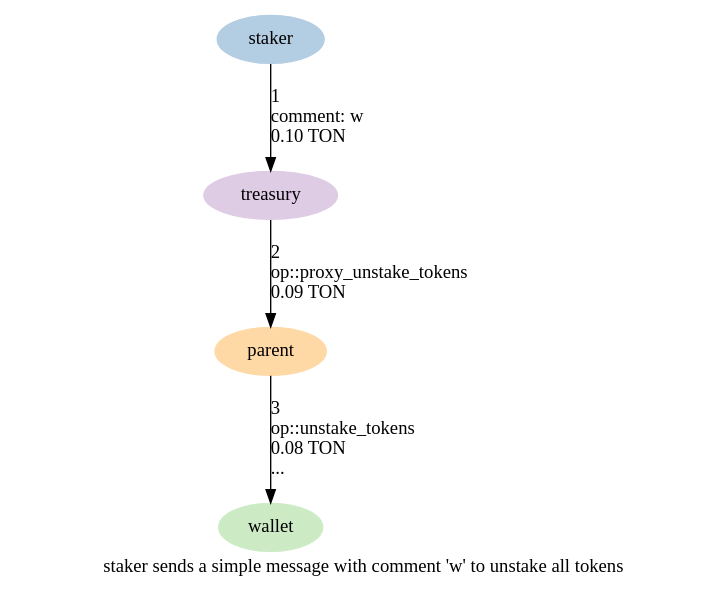
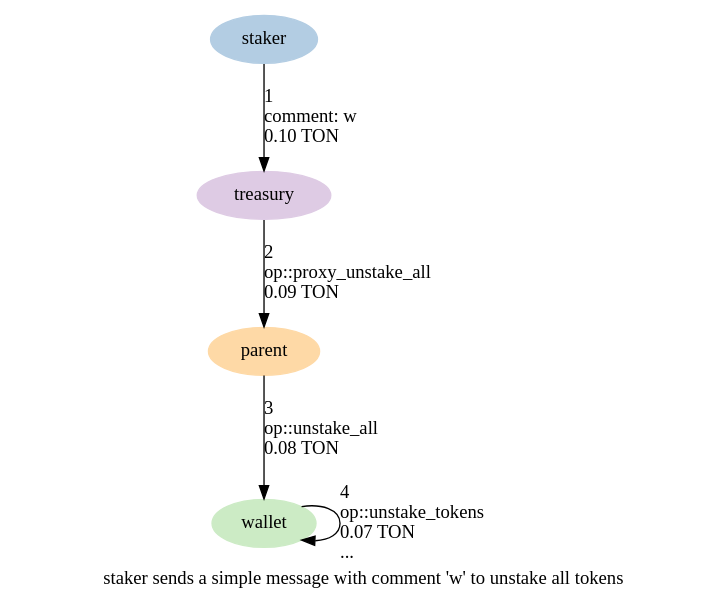
Before and after one commit to HipoFinance/contract: the diagram in graphs/09-unstake-all-tokens.dot, drawn with Graphviz. The commit also changed 10 other files, not shown here.

Commit message:
Add a separate unstake_all operation to wallet

```diff
--- a/graphs/09-unstake-all-tokens.dot
+++ b/graphs/09-unstake-all-tokens.dot
@@ -1,18 +1,19 @@
 digraph {
     label="staker sends a simple message with comment 'w' to unstake all tokens"
     node [ colorscheme=pastel19 style=filled ]
 
     /* Entities */
     staker [ color=2 ]
     wallet [ color=3 ]
     treasury [ color=4 ]
     parent [ color=5 ]
 
     /* Relationships */
     staker -> treasury [ label="1\l comment: w\l 0.10 TON\l" ]
-    treasury -> parent [ label="2\l op::proxy_unstake_tokens\l 0.09 TON\l" ]
-    parent -> wallet [ label="3\l op::unstake_tokens\l 0.08 TON\l ...\l" ]
+    treasury -> parent [ label="2\l op::proxy_unstake_all\l 0.09 TON\l" ]
+    parent -> wallet [ label="3\l op::unstake_all\l 0.08 TON\l" ]
+    wallet -> wallet [ label="4\l op::unstake_tokens\l 0.07 TON\l ...\l" ]
 
     /* Ranks */
     { rank=min staker }
 }
```
